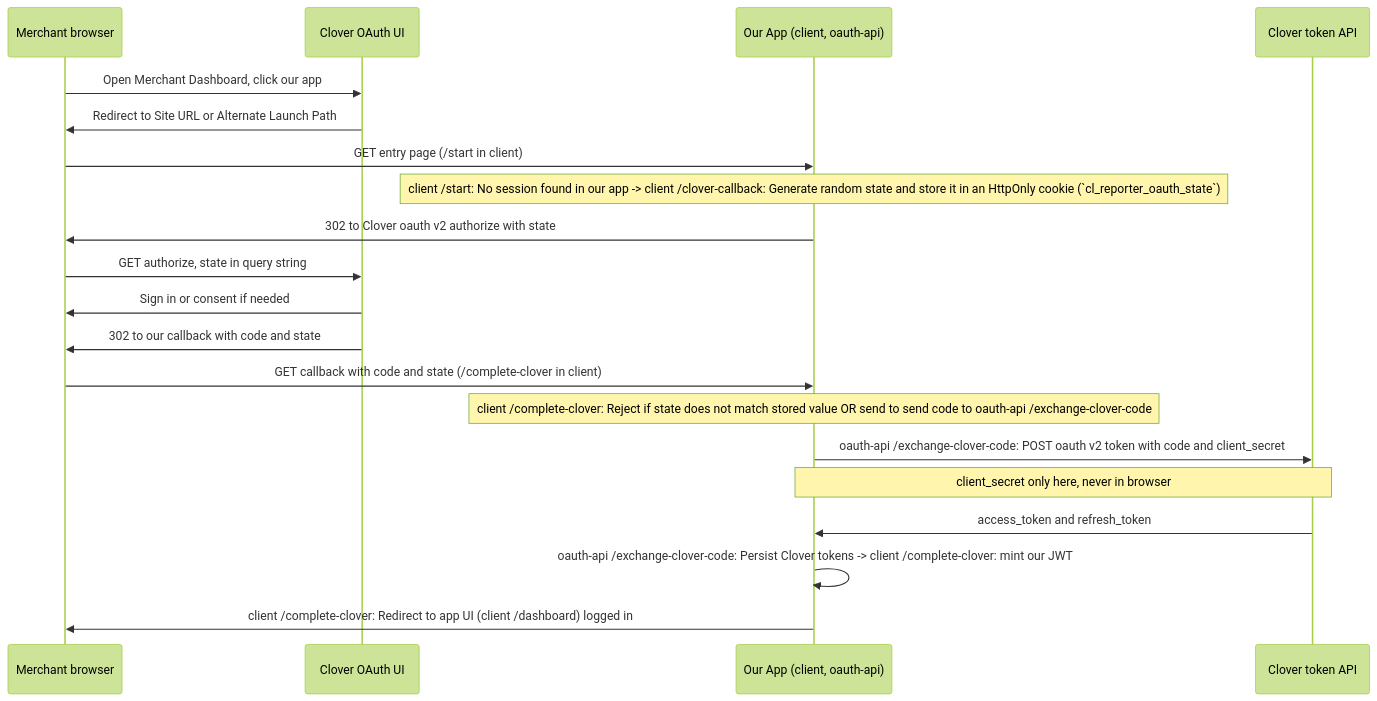
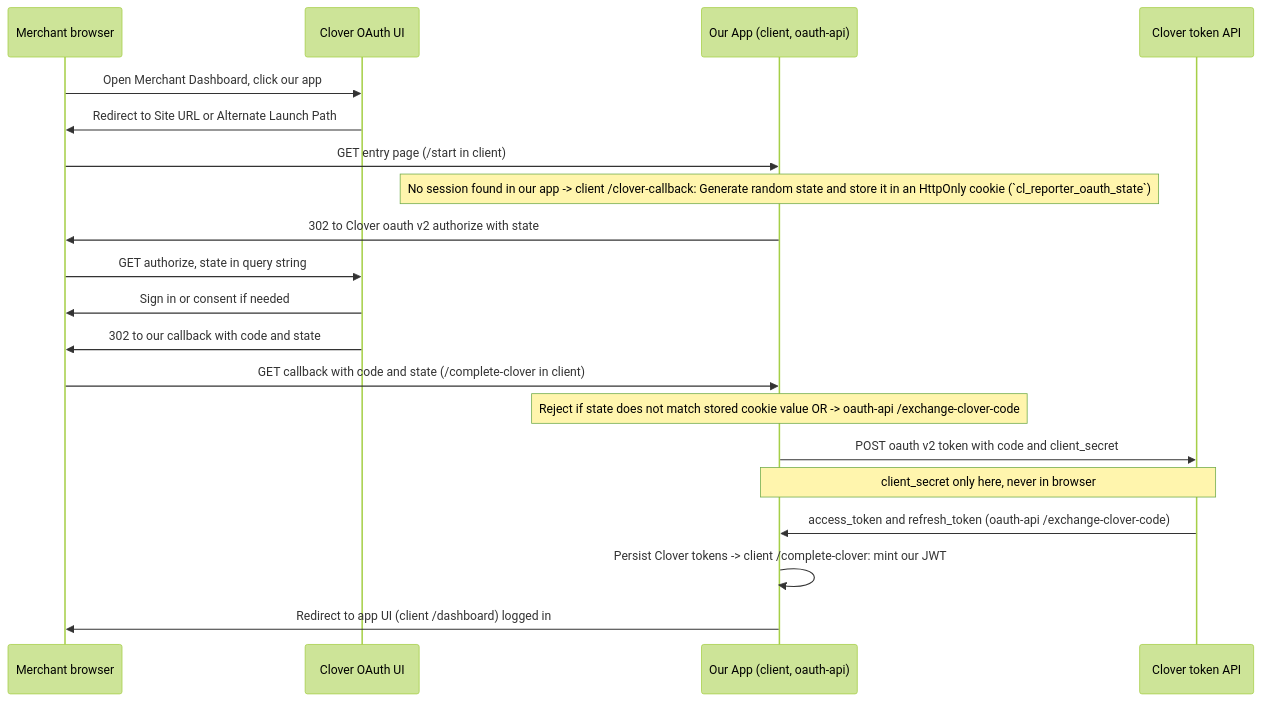
Before and after one commit to 1ntellijosh/cl-reporter: the diagram in README.md, drawn with Mermaid (forest theme).

````diff
--- a/README.md
+++ b/README.md
@@ -11,23 +11,23 @@
 ```mermaid
 sequenceDiagram
     participant B as Merchant browser
     participant CloverUI as Clover OAuth UI
     participant S as Our App (client, oauth-api)
     participant T as Clover token API
 
     B->>CloverUI: Open Merchant Dashboard, click our app
     CloverUI->>B: Redirect to Site URL or Alternate Launch Path
     B->>S: GET entry page (/start in client)
-    Note over S: client /start: No session found in our app -> client /clover-callback: Generate random state and store it in an HttpOnly cookie (`cl_reporter_oauth_state`)
+    Note over S: No session found in our app -> client /clover-callback: Generate random state and store it in an HttpOnly cookie (`cl_reporter_oauth_state`)
     S->>B: 302 to Clover oauth v2 authorize with state
     B->>CloverUI: GET authorize, state in query string
     CloverUI->>B: Sign in or consent if needed
     CloverUI->>B: 302 to our callback with code and state
     B->>S: GET callback with code and state (/complete-clover in client)
-    Note over S: client /complete-clover: Reject if state does not match stored value OR send to send code to oauth-api /exchange-clover-code
-    S->>T: oauth-api /exchange-clover-code: POST oauth v2 token with code and client_secret
+    Note over S: Reject if state does not match stored cookie value OR -> oauth-api /exchange-clover-code
+    S->>T: POST oauth v2 token with code and client_secret
     Note over S,T: client_secret only here, never in browser
-    T->>S: access_token and refresh_token
-    S->>S: oauth-api /exchange-clover-code: Persist Clover tokens -> client /complete-clover: mint our JWT
-    S->>B: client /complete-clover: Redirect to app UI (client /dashboard) logged in
+    T->>S: access_token and refresh_token (oauth-api /exchange-clover-code)
+    S->>S: Persist Clover tokens -> client /complete-clover: mint our JWT
+    S->>B: Redirect to app UI (client /dashboard) logged in
 ```
````
